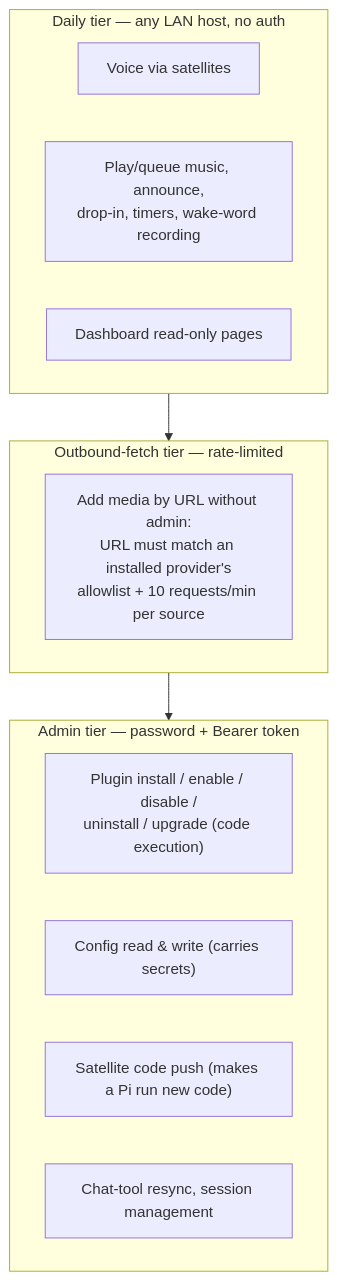
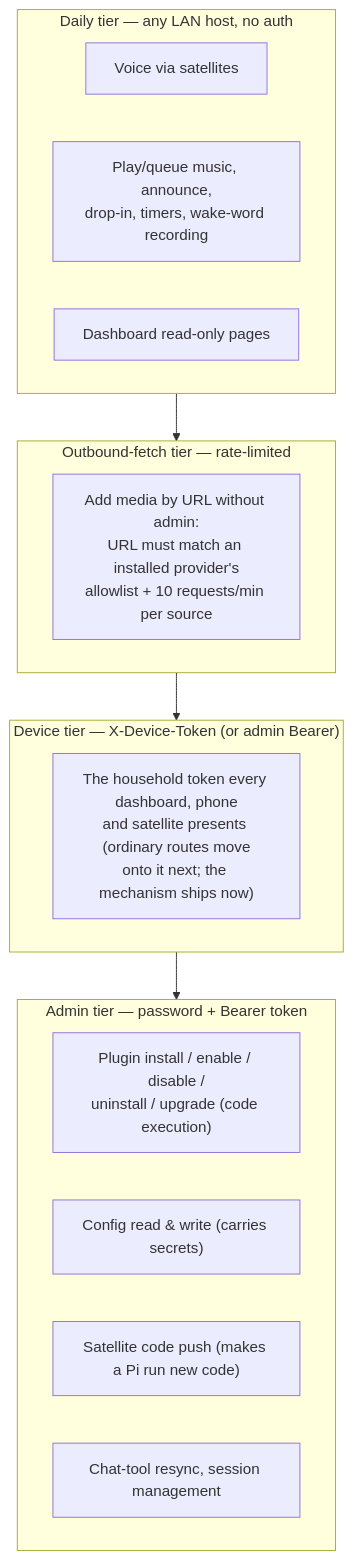
Before and after one commit to coders-farm-official/domovoi: the diagram in docs/SECURITY_PRIVACY.md, drawn with Mermaid. The commit also changed other lines of this file and 8 other files, not shown here.

````diff
--- a/docs/SECURITY_PRIVACY.md
+++ b/docs/SECURITY_PRIVACY.md
@@ -35,18 +37,21 @@
 ```mermaid
 flowchart TB
     subgraph daily["Daily tier — any LAN host, no auth"]
         d1["Voice via satellites"]
         d2["Play/queue music, announce,<br/>drop-in, timers, wake-word recording"]
         d3["Dashboard read-only pages"]
     end
     subgraph fetch["Outbound-fetch tier — rate-limited"]
         f1["Add media by URL without admin:<br/>URL must match an installed provider's<br/>allowlist + 10 requests/min per source"]
     end
+    subgraph device["Device tier — X-Device-Token (or admin Bearer)"]
+        v1["The household token every dashboard, phone<br/>and satellite presents (ordinary routes move<br/>onto it next; the mechanism ships now)"]
+    end
     subgraph admin["Admin tier — password + Bearer token"]
         a1["Plugin install / enable / disable /<br/>uninstall / upgrade (code execution)"]
         a2["Config read & write (carries secrets)"]
         a3["Satellite code push (makes a Pi run new code)"]
         a4["Chat-tool resync, session management"]
     end
-    daily --> fetch --> admin
+    daily --> fetch --> device --> admin
 ```
````
